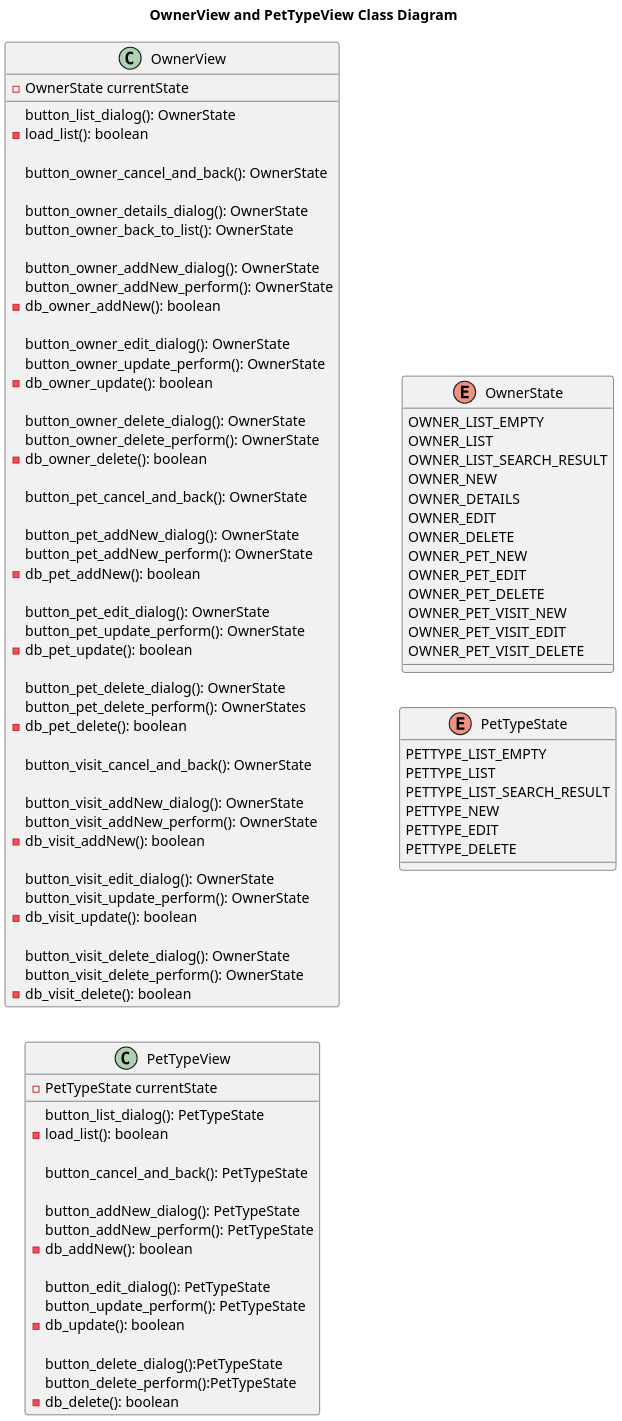
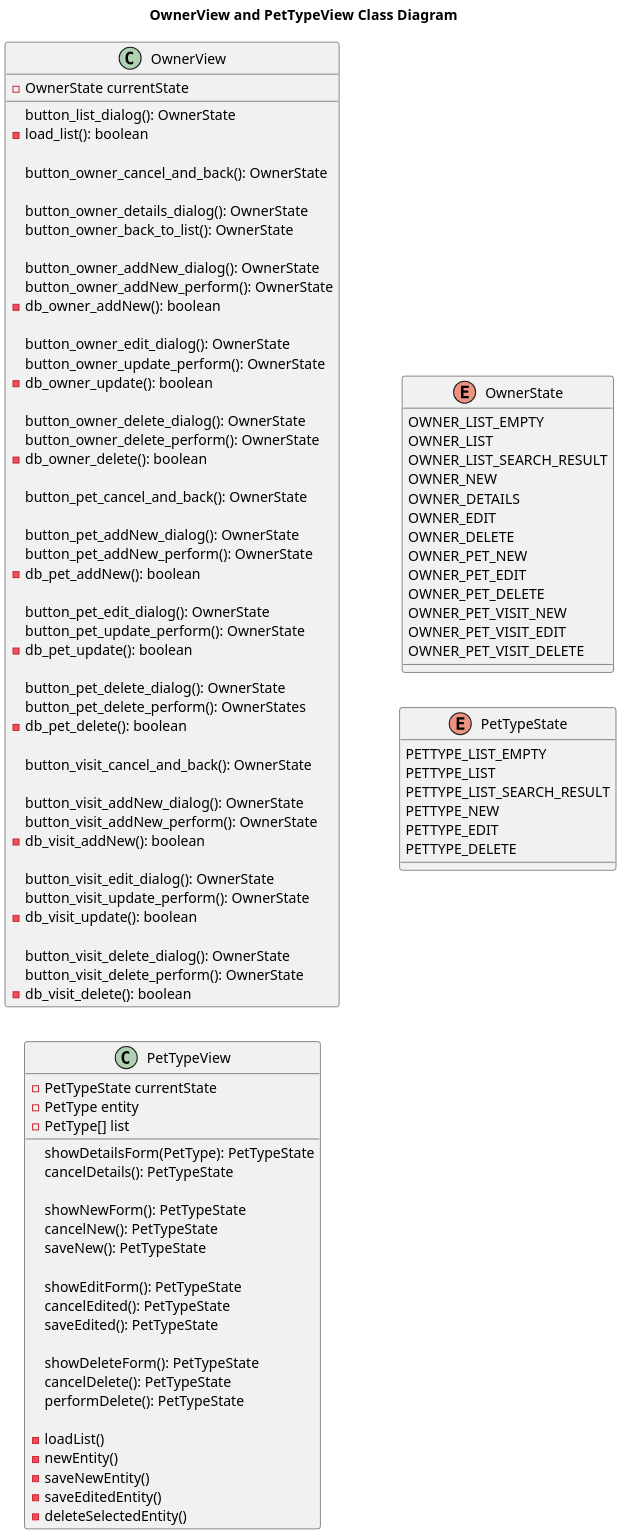
Before and after one commit to Jakarta-EE-Petclinic/petclinic-uml: the diagram in etc/puml/owner/View__Class.puml, drawn with PlantUML. The commit also changed 1 other file, not shown here.

```diff
--- a/etc/puml/owner/View__Class.puml
+++ b/etc/puml/owner/View__Class.puml
@@ -1,113 +1,120 @@
 @startuml
 
 
 title OwnerView and PetTypeView Class Diagram
 'https://plantuml.com/class-diagram
 
 left to right direction
 'top to bottom direction
 
 scale 1200 width
 
 class OwnerView {
 
     - OwnerState currentState
 
     button_list_dialog(): OwnerState
     - load_list(): boolean
 
     button_owner_cancel_and_back(): OwnerState
 
     button_owner_details_dialog(): OwnerState
     button_owner_back_to_list(): OwnerState
 
     button_owner_addNew_dialog(): OwnerState
     button_owner_addNew_perform(): OwnerState
     -db_owner_addNew(): boolean
 
     button_owner_edit_dialog(): OwnerState
     button_owner_update_perform(): OwnerState
     - db_owner_update(): boolean
 
     button_owner_delete_dialog(): OwnerState
     button_owner_delete_perform(): OwnerState
     - db_owner_delete(): boolean
 
     button_pet_cancel_and_back(): OwnerState
 
     button_pet_addNew_dialog(): OwnerState
     button_pet_addNew_perform(): OwnerState
     - db_pet_addNew(): boolean
 
     button_pet_edit_dialog(): OwnerState
     button_pet_update_perform(): OwnerState
     - db_pet_update(): boolean
 
     button_pet_delete_dialog(): OwnerState
     button_pet_delete_perform(): OwnerStates
     - db_pet_delete(): boolean
 
     button_visit_cancel_and_back(): OwnerState
 
     button_visit_addNew_dialog(): OwnerState
     button_visit_addNew_perform(): OwnerState
     - db_visit_addNew(): boolean
 
     button_visit_edit_dialog(): OwnerState
     button_visit_update_perform(): OwnerState
    - db_visit_update(): boolean
 
     button_visit_delete_dialog(): OwnerState
     button_visit_delete_perform(): OwnerState
     - db_visit_delete(): boolean
 }
 
 class PetTypeView {
 
     - PetTypeState currentState
+    - PetType entity
+    - PetType[] list
 
-    button_list_dialog(): PetTypeState
-    - load_list(): boolean
+    showDetailsForm(PetType): PetTypeState
+    cancelDetails(): PetTypeState
 
-    button_cancel_and_back(): PetTypeState
+    showNewForm(): PetTypeState
+    cancelNew(): PetTypeState
+    saveNew(): PetTypeState
 
-    button_addNew_dialog(): PetTypeState
-    button_addNew_perform(): PetTypeState
-    - db_addNew(): boolean
+    showEditForm(): PetTypeState
+    cancelEdited(): PetTypeState
+    saveEdited(): PetTypeState
 
-    button_edit_dialog(): PetTypeState
-    button_update_perform(): PetTypeState
-    - db_update(): boolean
+    showDeleteForm(): PetTypeState
+    cancelDelete(): PetTypeState
+    performDelete(): PetTypeState
 
-    button_delete_dialog():PetTypeState
-    button_delete_perform():PetTypeState
-    - db_delete(): boolean
+    - loadList()
+    - newEntity()
+    - saveNewEntity()
+    - saveEditedEntity()
+    - deleteSelectedEntity()
+
 }
 
 
 enum OwnerState {
     OWNER_LIST_EMPTY
     OWNER_LIST
     OWNER_LIST_SEARCH_RESULT
     OWNER_NEW
     OWNER_DETAILS
     OWNER_EDIT
     OWNER_DELETE
     OWNER_PET_NEW
     OWNER_PET_EDIT
     OWNER_PET_DELETE
     OWNER_PET_VISIT_NEW
     OWNER_PET_VISIT_EDIT
     OWNER_PET_VISIT_DELETE
 }
 
 enum PetTypeState {
     PETTYPE_LIST_EMPTY
     PETTYPE_LIST
     PETTYPE_LIST_SEARCH_RESULT
     PETTYPE_NEW
     PETTYPE_EDIT
     PETTYPE_DELETE
 }
 
 @enduml
```
